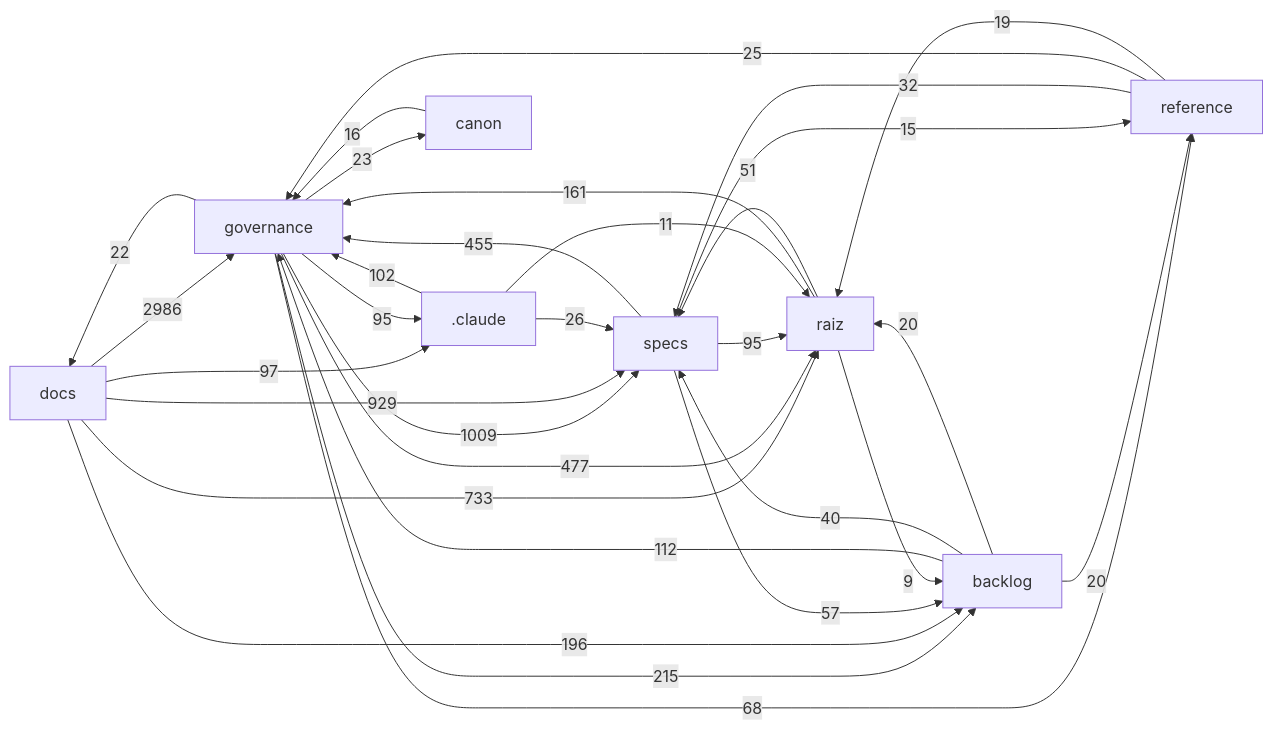
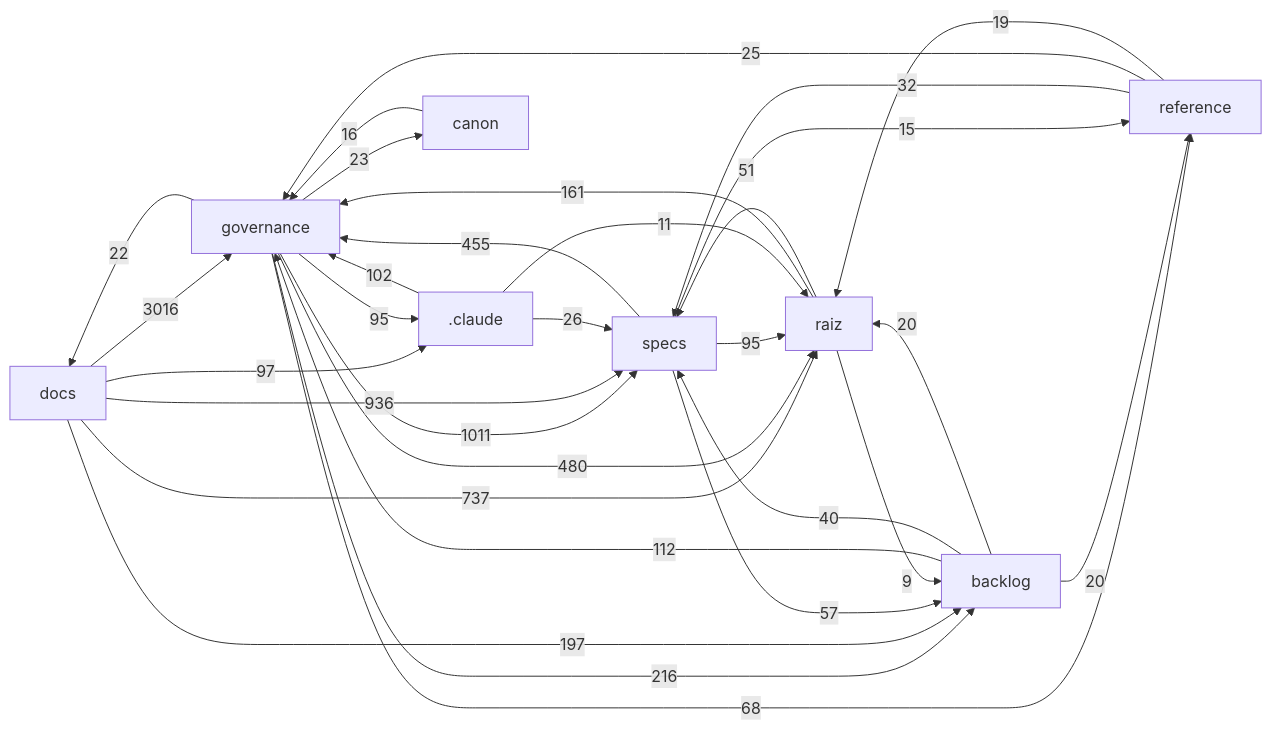
One commit to Andraus35/Sistema-Operacional-de-Trading--SOT changed the diagram in docs/mapa/MAPA-PROJETO.md. Above: the diagram before and after it, drawn with Mermaid. The commit also changed other lines of this file and 3 other files, not shown here.

````diff
--- a/docs/mapa/MAPA-PROJETO.md
+++ b/docs/mapa/MAPA-PROJETO.md
@@ -29,33 +29,33 @@
 ```mermaid
 flowchart LR
-  docs["docs"] -->|2986| governance["governance"]
-  governance["governance"] -->|1009| specs["specs"]
-  docs["docs"] -->|929| specs["specs"]
-  docs["docs"] -->|733| raiz["raiz"]
-  governance["governance"] -->|477| raiz["raiz"]
+  docs["docs"] -->|3016| governance["governance"]
+  governance["governance"] -->|1011| specs["specs"]
+  docs["docs"] -->|936| specs["specs"]
+  docs["docs"] -->|737| raiz["raiz"]
+  governance["governance"] -->|480| raiz["raiz"]
   specs["specs"] -->|455| governance["governance"]
-  governance["governance"] -->|215| backlog["backlog"]
-  docs["docs"] -->|196| backlog["backlog"]
+  governance["governance"] -->|216| backlog["backlog"]
+  docs["docs"] -->|197| backlog["backlog"]
   raiz["raiz"] -->|161| governance["governance"]
   backlog["backlog"] -->|112| governance["governance"]
   _claude[".claude"] -->|102| governance["governance"]
   docs["docs"] -->|97| _claude[".claude"]
   governance["governance"] -->|95| _claude[".claude"]
   specs["specs"] -->|95| raiz["raiz"]
   governance["governance"] -->|68| reference["reference"]
   specs["specs"] -->|57| backlog["backlog"]
   raiz["raiz"] -->|51| specs["specs"]
   backlog["backlog"] -->|40| specs["specs"]
   reference["reference"] -->|32| specs["specs"]
   _claude[".claude"] -->|26| specs["specs"]
   reference["reference"] -->|25| governance["governance"]
   governance["governance"] -->|23| canon["canon"]
   governance["governance"] -->|22| docs["docs"]
   backlog["backlog"] -->|20| raiz["raiz"]
   backlog["backlog"] -->|20| reference["reference"]
   reference["reference"] -->|19| raiz["raiz"]
   canon["canon"] -->|16| governance["governance"]
   specs["specs"] -->|15| reference["reference"]
   _claude[".claude"] -->|11| raiz["raiz"]
   raiz["raiz"] -->|9| backlog["backlog"]
 ```
````
